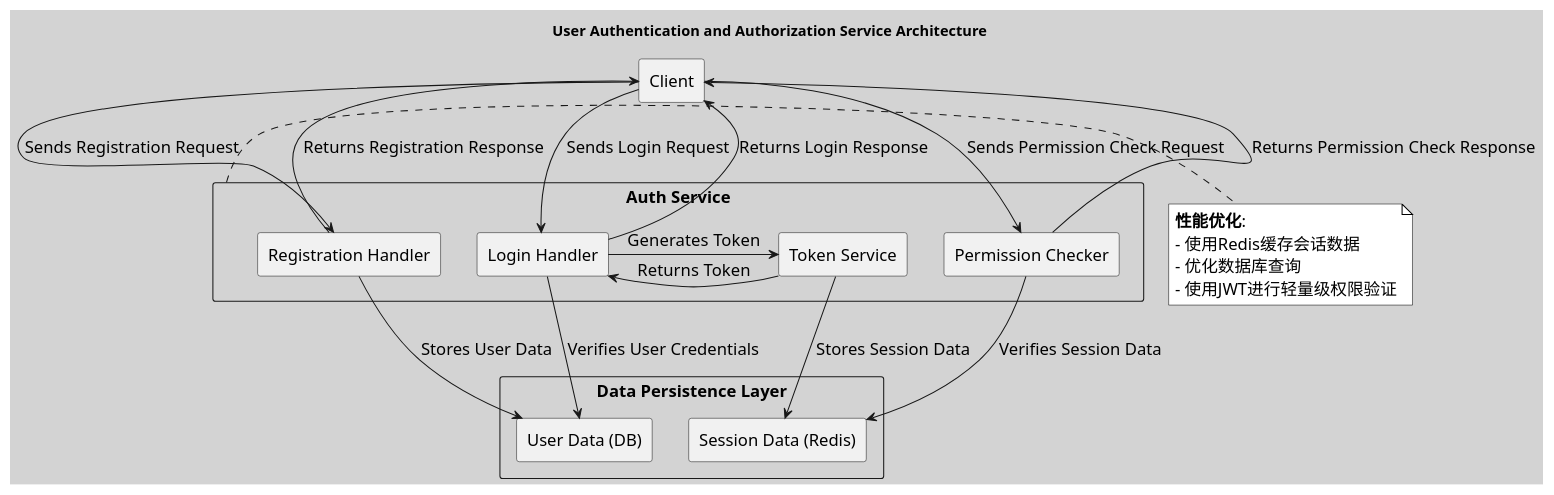
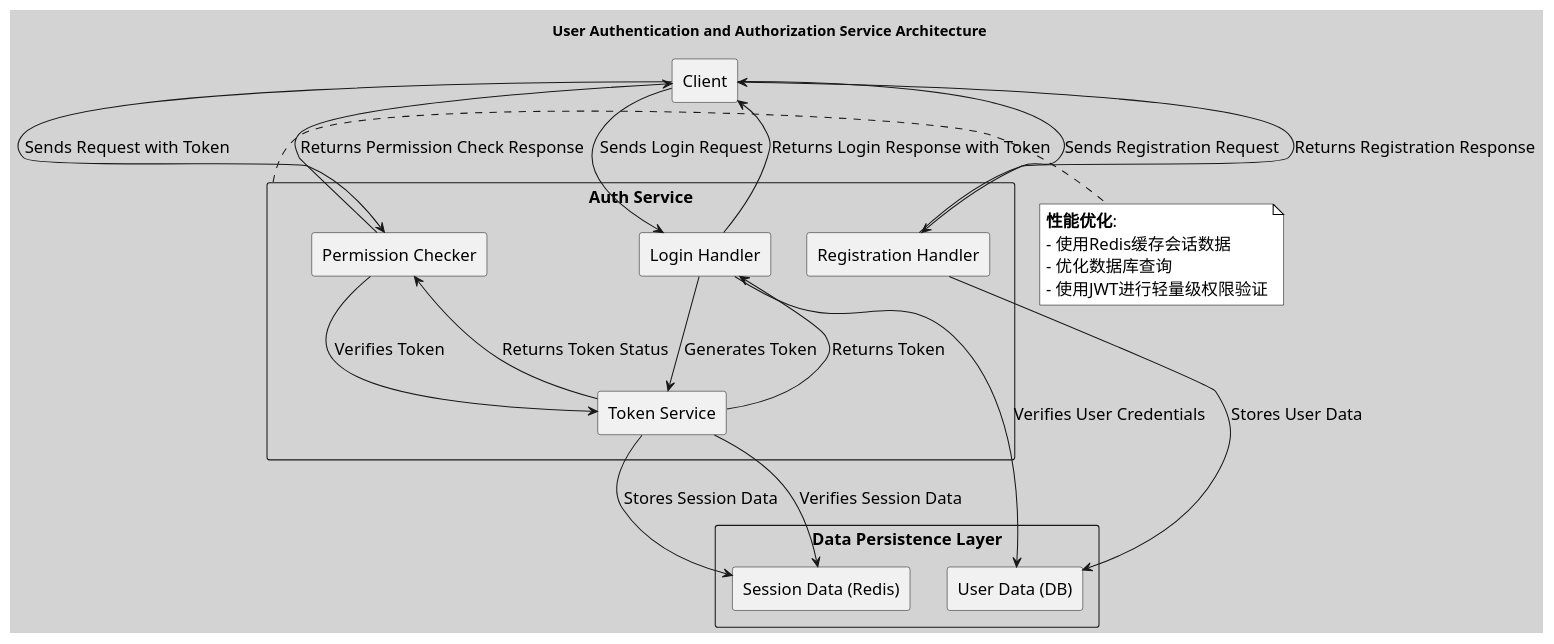
Before and after one commit to huangyingw/system_design: the diagram in twitter/twitter_user_authentication_authorization_service.puml, drawn with PlantUML.

```diff
--- a/twitter/twitter_user_authentication_authorization_service.puml
+++ b/twitter/twitter_user_authentication_authorization_service.puml
@@ -1,51 +1,53 @@
 @startuml
 
 skinparam backgroundColor #D3D3D3
 skinparam defaultFontName "Arial"
 skinparam defaultFontSize 16
 skinparam note {
-    BackgroundColor #FFFFFF
-        BorderColor #000000
-        FontSize 16
-        FontName "Arial"
+  BackgroundColor #FFFFFF
+  BorderColor #000000
+  FontSize 16
+  FontName "Arial"
 }
 
 title User Authentication and Authorization Service Architecture
 
 rectangle "Client" as Client
 
 rectangle "Auth Service" as Auth {
     rectangle "Login Handler" as LH
-        rectangle "Registration Handler" as RegH
-        rectangle "Token Service" as TS
-        rectangle "Permission Checker" as PC
+    rectangle "Registration Handler" as RegH
+    rectangle "Token Service" as TS
+    rectangle "Permission Checker" as PC
 }
 
 rectangle "Data Persistence Layer" as DPS {
     rectangle "User Data (DB)" as UD
-        rectangle "Session Data (Redis)" as SD
+    rectangle "Session Data (Redis)" as SD
 }
 
 Client -down-> LH : Sends Login Request
 LH -down-> UD : Verifies User Credentials
-LH -right-> TS : Generates Token
+LH -down-> TS : Generates Token
 TS -down-> SD : Stores Session Data
-TS -left-> LH : Returns Token
-LH -up-> Client : Returns Login Response
+TS -up-> LH : Returns Token
+LH -up-> Client : Returns Login Response with Token
 
 Client -down-> RegH : Sends Registration Request
 RegH -down-> UD : Stores User Data
 RegH -up-> Client : Returns Registration Response
 
-Client -down-> PC : Sends Permission Check Request
-PC -down-> SD : Verifies Session Data
+Client -down-> PC : Sends Request with Token
+PC -down-> TS : Verifies Token
+TS -down-> SD : Verifies Session Data
+TS -up-> PC : Returns Token Status
 PC -up-> Client : Returns Permission Check Response
 
 note right of Auth
-**性能优化**:
-- 使用Redis缓存会话数据
-- 优化数据库查询
-- 使用JWT进行轻量级权限验证
+  **性能优化**:
+  - 使用Redis缓存会话数据
+  - 优化数据库查询
+  - 使用JWT进行轻量级权限验证
 end note
 
 @enduml
```
